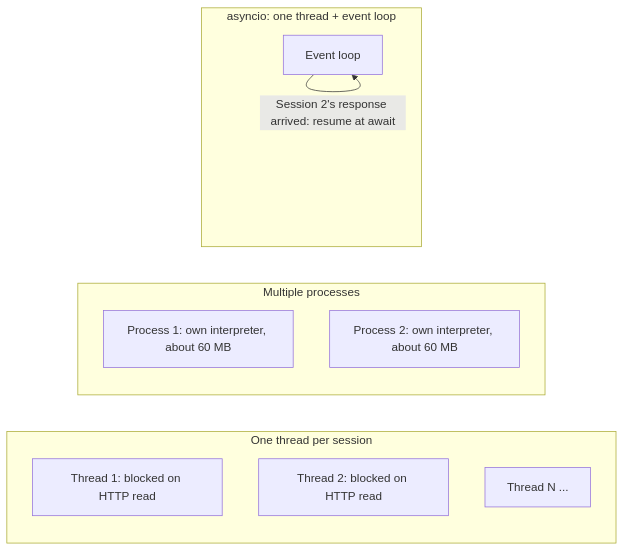
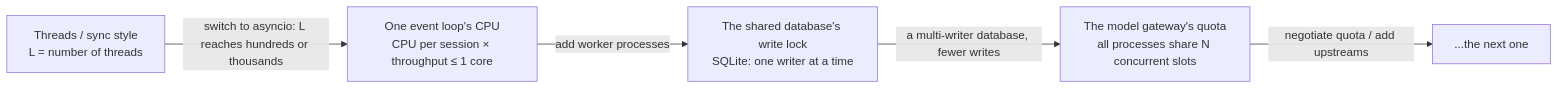
One commit to heaven999b/hello-agent-system changed the first of 3 diagrams in lessons/30_async_runtime/README.en.md. Above: the diagram before and after it, drawn with Mermaid. The commit also changed other lines of this file and 9 other files, not shown here.

Commit message:
lessons 29-30: async gateway and guardrails; lesson 30 repositioned as the production async runtime with real uvicorn subprocess, real SQLite/Postgres checkpoints and re-measured throughput

````diff
--- a/lessons/30_async_runtime/README.en.md
+++ b/lessons/30_async_runtime/README.en.md
@@ -50,19 +67,7 @@
 ```mermaid
 flowchart LR
-    subgraph T["One thread per session"]
-        direction TB
-        T1["Thread 1: blocked on HTTP read"]
-        T2["Thread 2: blocked on HTTP read"]
-        T3["Thread N ..."]
-    end
-    subgraph P["Multiple processes"]
-        direction TB
-        P1["Process 1: own interpreter, about 60 MB"]
-        P2["Process 2: own interpreter, about 60 MB"]
-    end
-    subgraph A["asyncio: one thread + event loop"]
-        direction TB
-        L["Event loop"] -->|"Session 1 awaits the model: suspend"| L
-        L -->|"Session 2's response arrived: resume at await"| L
-    end
+    A["Threads / sync style<br/>L = number of threads"] -->|"switch to asyncio: L reaches hundreds or thousands"| B["One event loop's CPU<br/>CPU per session × throughput ≤ 1 core"]
+    B -->|"add worker processes"| C["The shared database's write lock<br/>SQLite: one writer at a time"]
+    C -->|"a multi-writer database, fewer writes"| D["The model gateway's quota<br/>all processes share N concurrent slots"]
+    D -->|"negotiate quota / add upstreams"| E["...the next one"]
 ```
````
